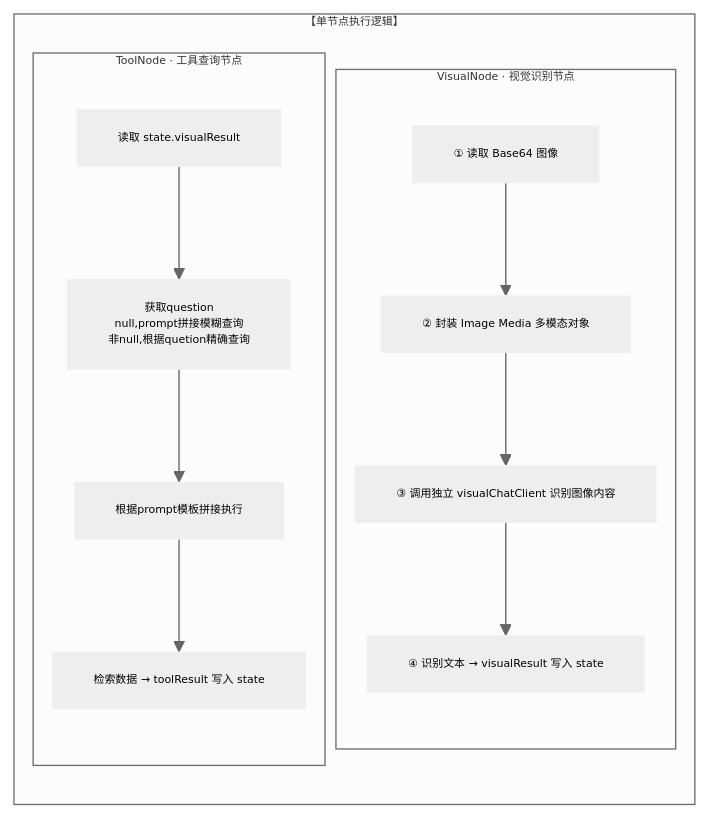
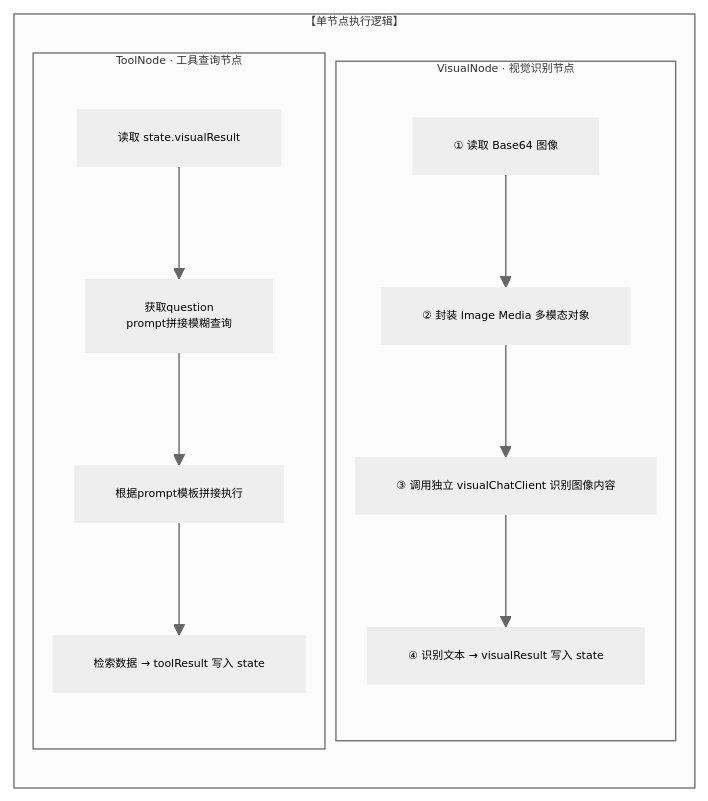
Before and after one commit to 1reaikeyi/flowerpayment-ai: the sixth of 6 diagrams in README.md, drawn with Mermaid. The commit also changed other lines of this file and 16 other files, not shown here.

Commit message:
admin/flowerdetail完成，使用rsdis缓存+mysql协作

````diff
--- a/README.md
+++ b/README.md
@@ -399,28 +399,28 @@
 ```mermaid
 %%{init: {'theme':'neutral','themeVariables':{'fontSize':'8px','nodeBorder':'2px'},'flowchart':{'nodeSpacing':8,'rankSpacing':32,'useMaxWidth':false,'curve':'basis'}}}%%
 flowchart TD
     subgraph NODELOGIC ["【单节点执行逻辑】"]
         direction TB
 
         subgraph VGROUP ["VisualNode · 视觉识别节点"]
             direction TB
             V1["① 读取 Base64 图像"]
             V2["② 封装 Image Media 多模态对象"]
             V3["③ 调用独立 visualChatClient 识别图像内容"]
             V4["④ 识别文本 → visualResult 写入 state"]
             V1 --> V2 --> V3 --> V4
         end
 
         subgraph TGROUP ["ToolNode · 工具查询节点"]
             direction TB
             INPUT1["读取 state.visualResult"]
-            INPUT2["获取question<br>null,prompt拼接模糊查询<br>非null,根据quetion精确查询"]
+            INPUT2["获取question<br>prompt拼接模糊查询"]
             T1["根据prompt模板拼接执行"]
             T2["调用业务 @Tool 工具查询"]
             T2["检索数据 → toolResult 写入 state"]
             INPUT1 --> INPUT2 --> T1 --> T2
         end
 
         
     end
 ```
````
